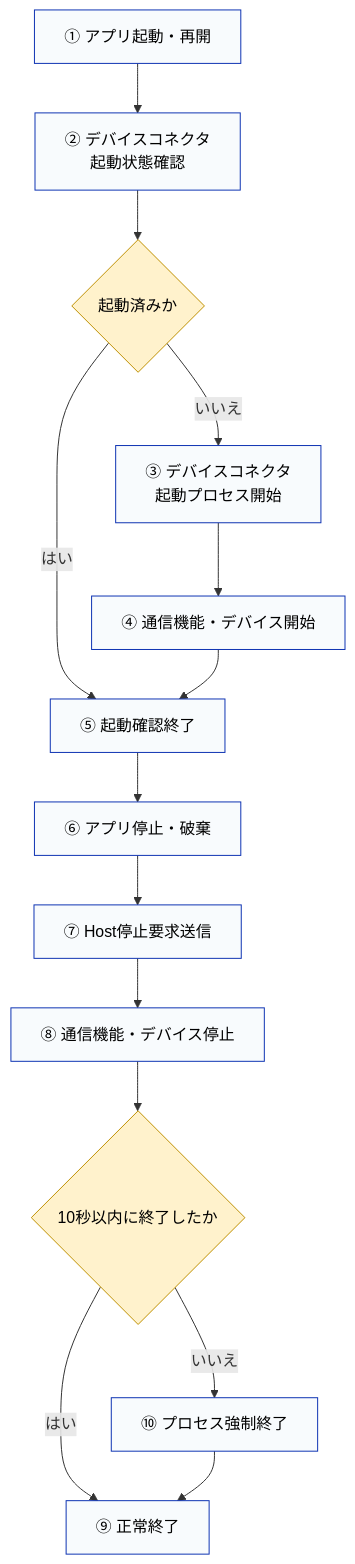
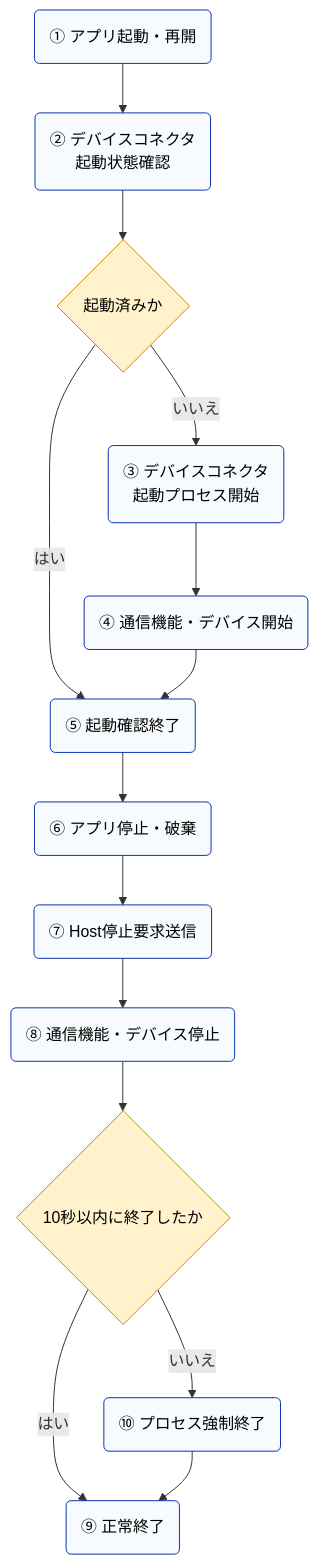
Before and after one commit to vti-sam/smj-ks-pos-stored: the third of 3 diagrams in artifacts/reports/architecture/ARCH-HOST-01_タブレットPOS_デバイスコネクタ基本設計書/ARCH-HOST-01_タブレットPOS_デバイスコネクタ基本設計書.md, drawn with Mermaid. The commit also changed other lines of this file and 1 other file, not shown here.

````diff
--- a/artifacts/reports/architecture/ARCH-HOST-01_タブレットPOS_デバイスコネクタ基本設計書/ARCH-HOST-01_タブレットPOS_デバイスコネクタ基本設計書.md
+++ b/artifacts/reports/architecture/ARCH-HOST-01_タブレットPOS_デバイスコネクタ基本設計書/ARCH-HOST-01_タブレットPOS_デバイスコネクタ基本設計書.md
@@ -411,22 +418,22 @@
 ```mermaid
 flowchart TD
-    Start["① アプリ起動・再開"] --> Check["② デバイスコネクタ<br/>起動状態確認"]
+    Start("① アプリ起動・再開") --> Check("② デバイスコネクタ<br/>起動状態確認")
     Check --> Running{"起動済みか"}
-    Running -->|はい| Ready["⑤ 起動確認終了"]
-    Running -->|いいえ| Launch["③ デバイスコネクタ<br/>起動プロセス開始"]
-    Launch --> Init["④ 通信機能・デバイス開始"]
+    Running -->|はい| Ready("⑤ 起動確認終了")
+    Running -->|いいえ| Launch("③ デバイスコネクタ<br/>起動プロセス開始")
+    Launch --> Init("④ 通信機能・デバイス開始")
     Init --> Ready
 
-    Ready --> Stop["⑥ アプリ停止・破棄"]
-    Stop --> Request["⑦ Host停止要求送信"]
-    Request --> Shutdown["⑧ 通信機能・デバイス停止"]
+    Ready --> Stop("⑥ アプリ停止・破棄")
+    Stop --> Request("⑦ Host停止要求送信")
+    Request --> Shutdown("⑧ 通信機能・デバイス停止")
     Shutdown --> Wait{"10秒以内に終了したか"}
-    Wait -->|はい| End["⑨ 正常終了"]
-    Wait -->|いいえ| Force["⑩ プロセス強制終了"]
+    Wait -->|はい| End("⑨ 正常終了")
+    Wait -->|いいえ| Force("⑩ プロセス強制終了")
     Force --> End
 
     classDef normal fill:#F8FBFD,stroke:#0D32B2,color:#000000
     classDef decision fill:#FFF2CC,stroke:#BF9000,color:#000000
     class Start,Check,Ready,Launch,Init,Stop,Request,Shutdown,End,Force normal
     class Running,Wait decision
 ```
````
